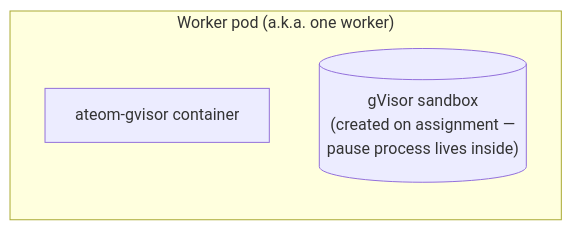
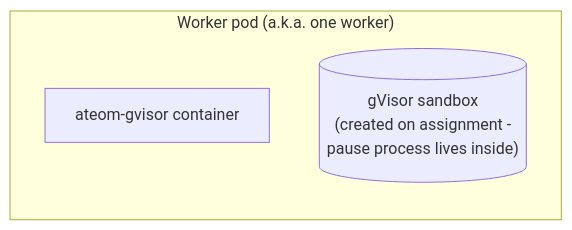
The diagram in atlas/src/content/docs/concepts/worker.mdx (christian-posta/substrate), drawn with Mermaid before and after one commit. The commit also changed other lines of this file and 27 other files, not shown here.

````diff
--- a/atlas/src/content/docs/concepts/worker.mdx
+++ b/atlas/src/content/docs/concepts/worker.mdx
@@ -13,8 +13,8 @@
 ```mermaid
 flowchart LR
   subgraph POD["Worker pod (a.k.a. one worker)"]
     direction TB
     OM[ateom-gvisor container]
-    SANDBOX[("gVisor sandbox<br/>(created on assignment —<br/>pause process lives inside)")]
+    SANDBOX[("gVisor sandbox<br/>(created on assignment -<br/>pause process lives inside)")]
   end
 ```
````
